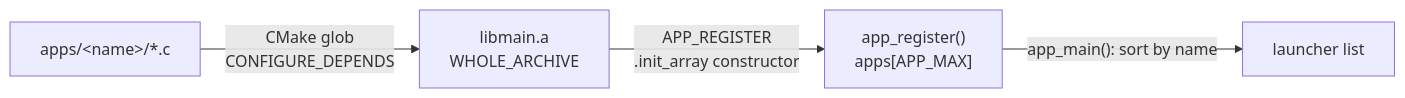
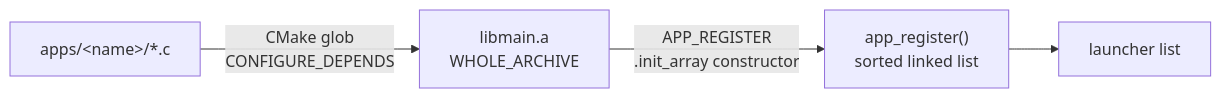
The first of 3 diagrams in docs/Building-an-App.md (jose-villegas/autana), drawn with Mermaid before and after one commit. The commit also changed other lines of this file and 11 other files, not shown here.

````diff
--- a/docs/Building-an-App.md
+++ b/docs/Building-an-App.md
@@ -61,6 +61,6 @@
 ```mermaid
 flowchart LR
     SRC["apps/&lt;name&gt;/*.c"] -->|"CMake glob<br/>CONFIGURE_DEPENDS"| LIB["libmain.a<br/>WHOLE_ARCHIVE"]
-    LIB -->|"APP_REGISTER<br/>.init_array constructor"| REG["app_register()<br/>apps[APP_MAX]"]
-    REG -->|"app_main(): sort by name"| LIST["launcher list"]
+    LIB -->|"APP_REGISTER<br/>.init_array constructor"| REG["app_register()<br/>sorted linked list"]
+    REG --> LIST["launcher list"]
 ```
````
